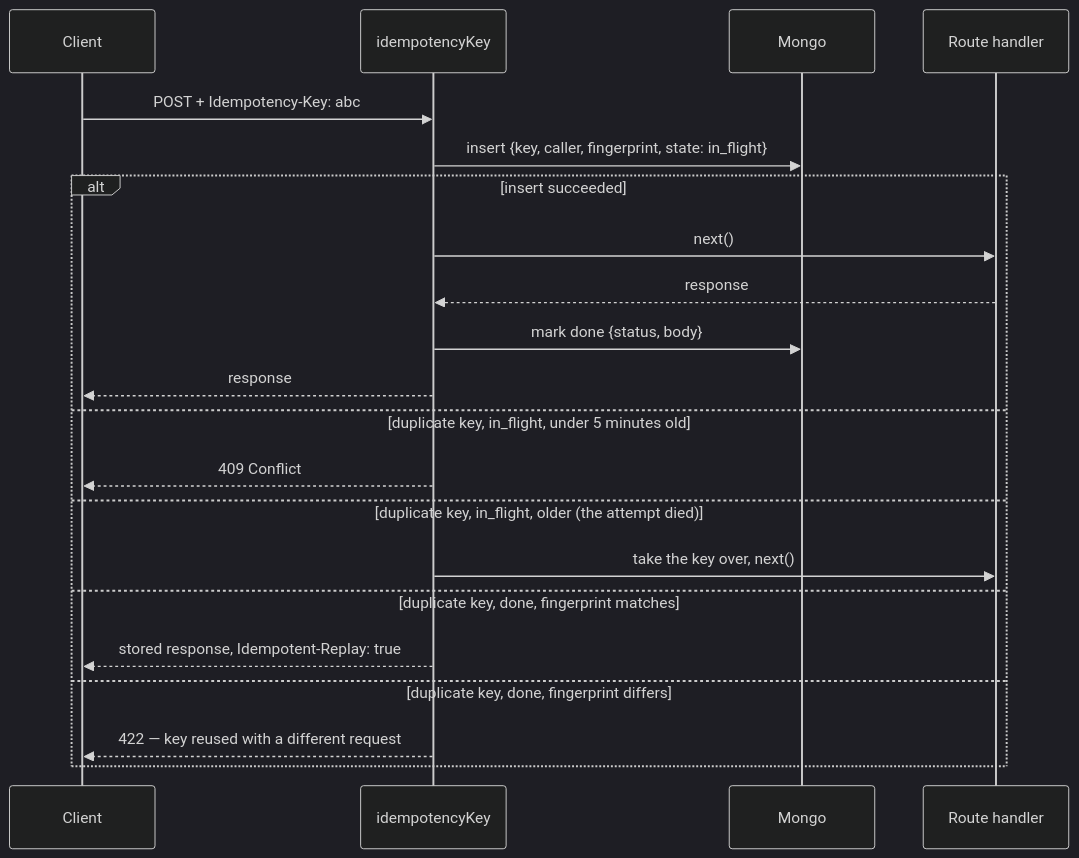
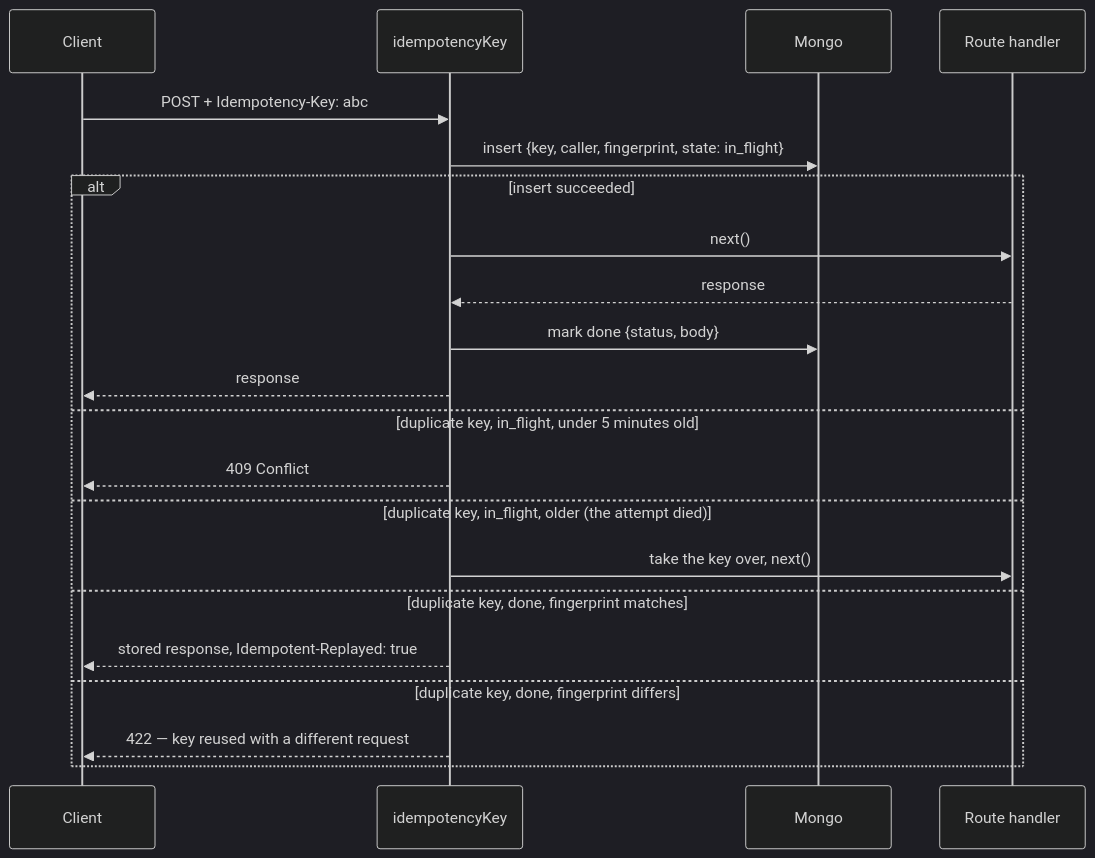
One commit to Guebbit/boilerplate-node-backend changed the diagram in docs/tools/idempotency.md. Above: the diagram before and after it, drawn with Mermaid (dark theme). The commit also changed other lines of this file and 20 other files, not shown here.

First line of the commit message:
refactor(idempotency): name the replay header Idempotent-Replayed, as Stripe v1 does

````diff
--- a/docs/tools/idempotency.md
+++ b/docs/tools/idempotency.md
@@ -18,24 +18,24 @@
 ```mermaid
 sequenceDiagram
     participant Client
     participant Middleware as idempotencyKey
     participant Mongo
     participant Handler as Route handler
 
     Client->>Middleware: POST + Idempotency-Key: abc
     Middleware->>Mongo: insert {key, caller, fingerprint, state: in_flight}
     alt insert succeeded
         Middleware->>Handler: next()
         Handler-->>Middleware: response
         Middleware->>Mongo: mark done {status, body}
         Middleware-->>Client: response
     else duplicate key, in_flight, under 5 minutes old
         Middleware-->>Client: 409 Conflict
     else duplicate key, in_flight, older (the attempt died)
         Middleware->>Handler: take the key over, next()
     else duplicate key, done, fingerprint matches
-        Middleware-->>Client: stored response, Idempotent-Replay: true
+        Middleware-->>Client: stored response, Idempotent-Replayed: true
     else duplicate key, done, fingerprint differs
         Middleware-->>Client: 422 — key reused with a different request
     end
 ```
````
